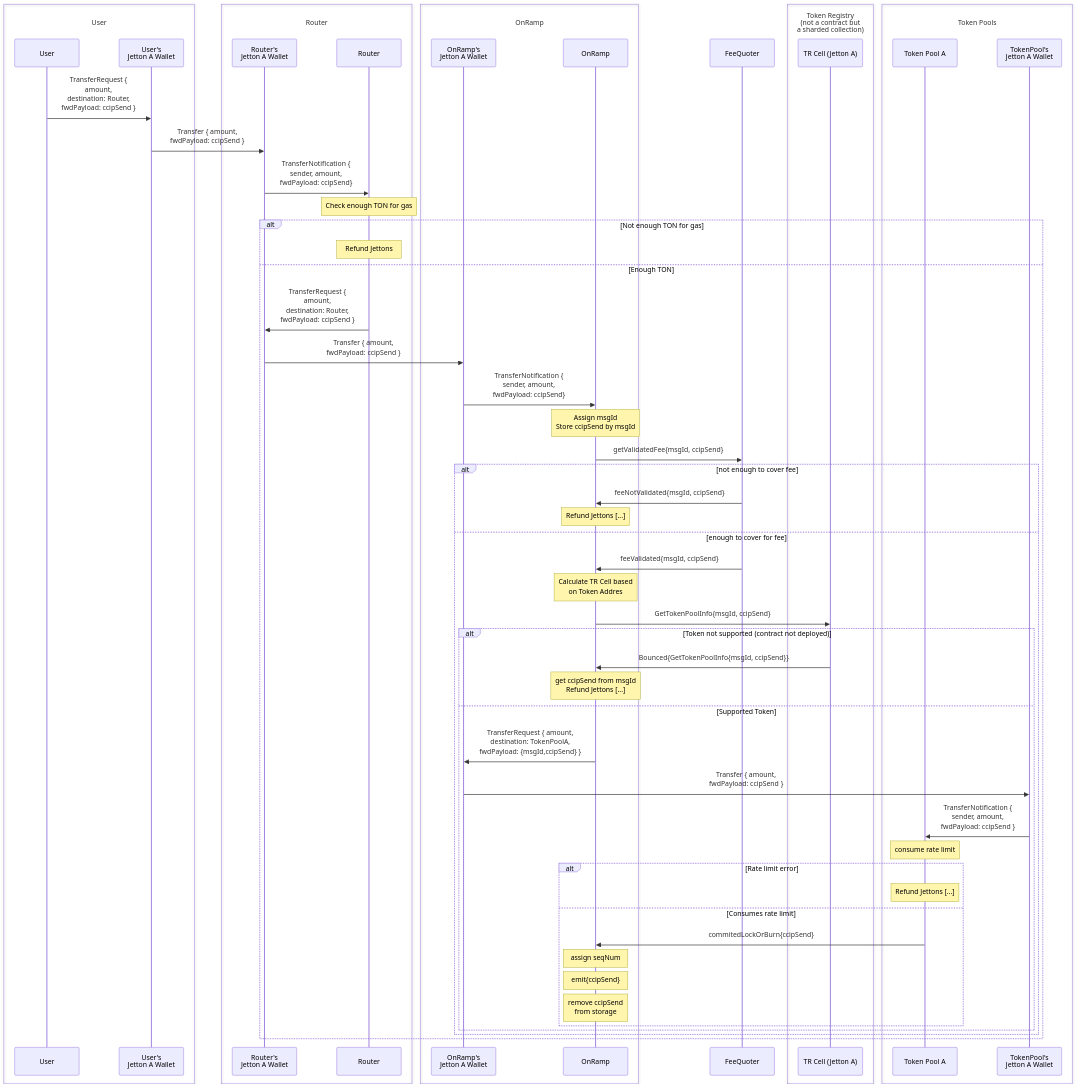
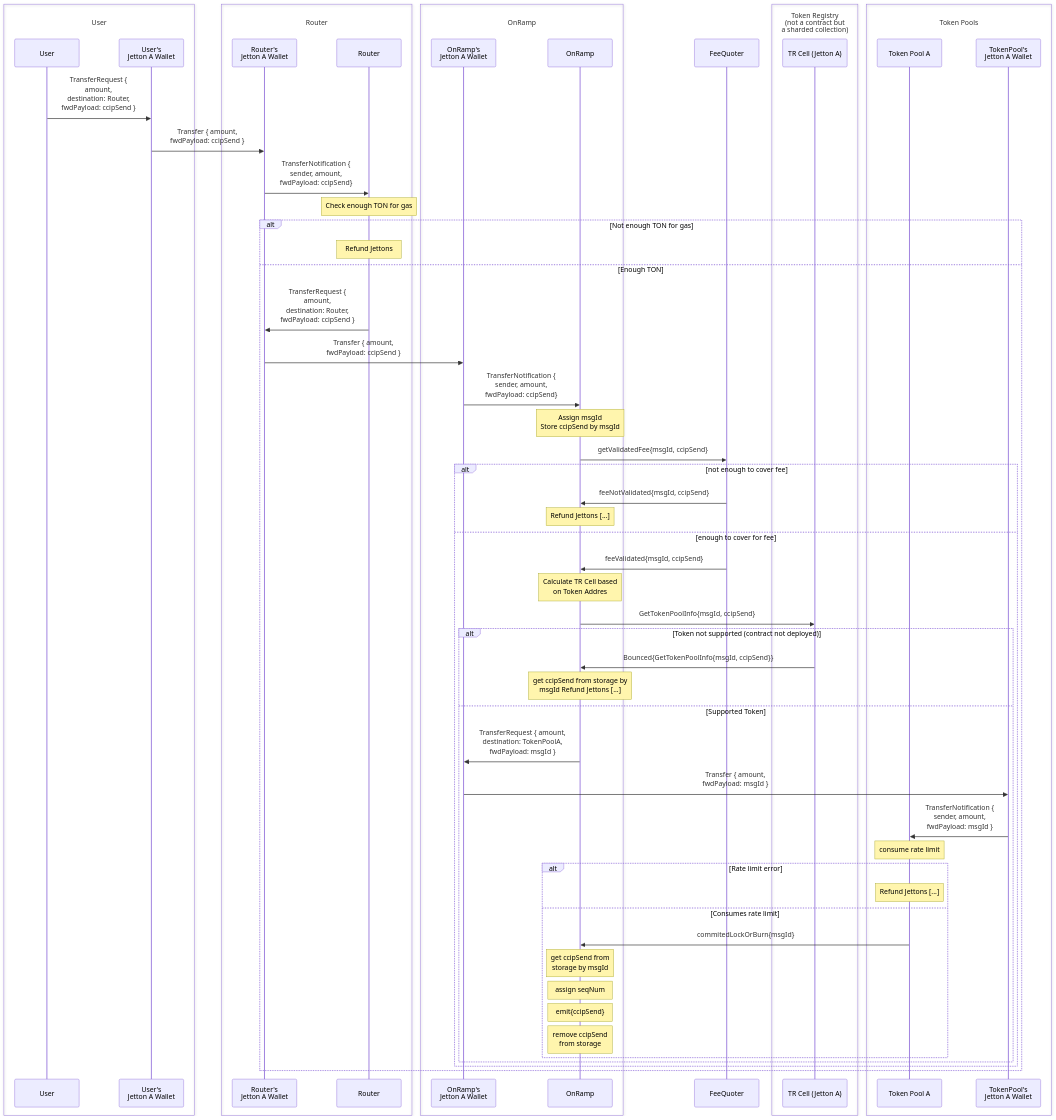
The diagram in docs/contracts/flow.md (smartcontractkit/chainlink-ton), drawn with Mermaid before and after one commit.

Commit message:
fix: don't share information to pool

```diff
--- a/docs/contracts/flow.md
+++ b/docs/contracts/flow.md
@@ -67,19 +67,20 @@
 
     alt Token not supported (contract not deployed)
     TRC ->> OR: Bounced{GetTokenPoolInfo{msgId, ccipSend}}
-    Note over OR: get ccipSend from msgId<br>Refund Jettons [...]
+    Note over OR: get ccipSend from storage by<br>msgId Refund Jettons [...]
     else Supported Token
 
-    OR ->> ORJW: TransferRequest { amount,<br>destination: TokenPoolA,<br>fwdPayload: {msgId,ccipSend} }
+    OR ->> ORJW: TransferRequest { amount,<br>destination: TokenPoolA,<br>fwdPayload: msgId }
     
-    ORJW ->> TPJW: Transfer { amount,<br>fwdPayload: ccipSend }
-    TPJW ->> TP: TransferNotification {<br>sender, amount,<br>fwdPayload: ccipSend }
+    ORJW ->> TPJW: Transfer { amount,<br>fwdPayload: msgId }
+    TPJW ->> TP: TransferNotification {<br>sender, amount,<br>fwdPayload: msgId }
     Note over TP: consume rate limit
     alt Rate limit error
     Note over TP: Refund Jettons [...]
 
     else Consumes rate limit
-    TP ->> OR: commitedLockOrBurn{ccipSend}
+    TP ->> OR: commitedLockOrBurn{msgId}
+    note over OR: get ccipSend from<br>storage by msgId
     note over OR: assign seqNum
     note over OR: emit{ccipSend}
     note over OR: remove ccipSend<br>from storage
```
